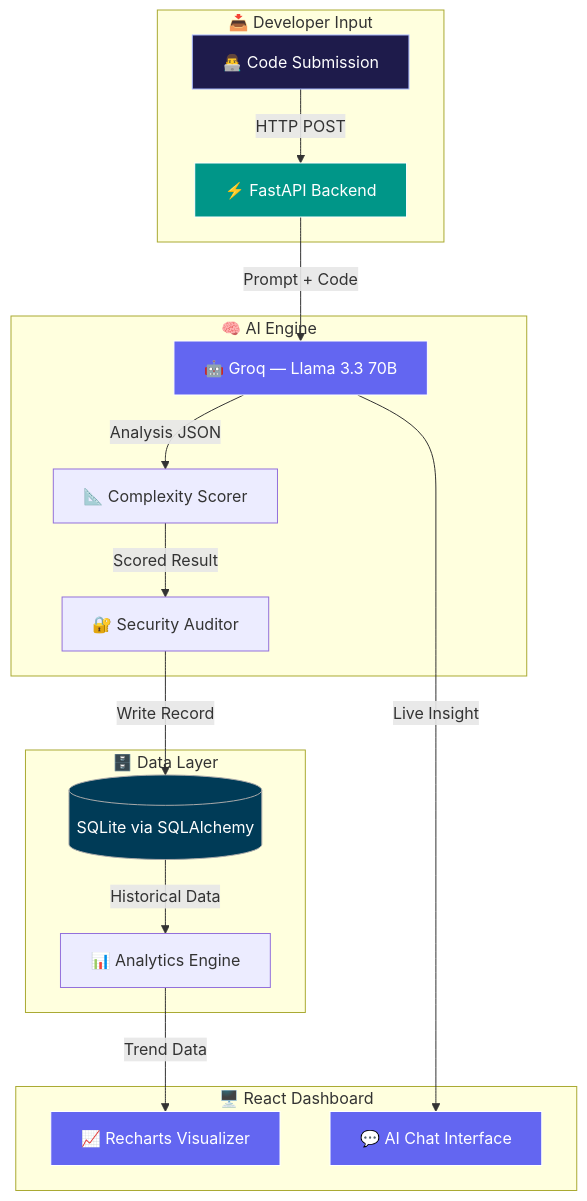
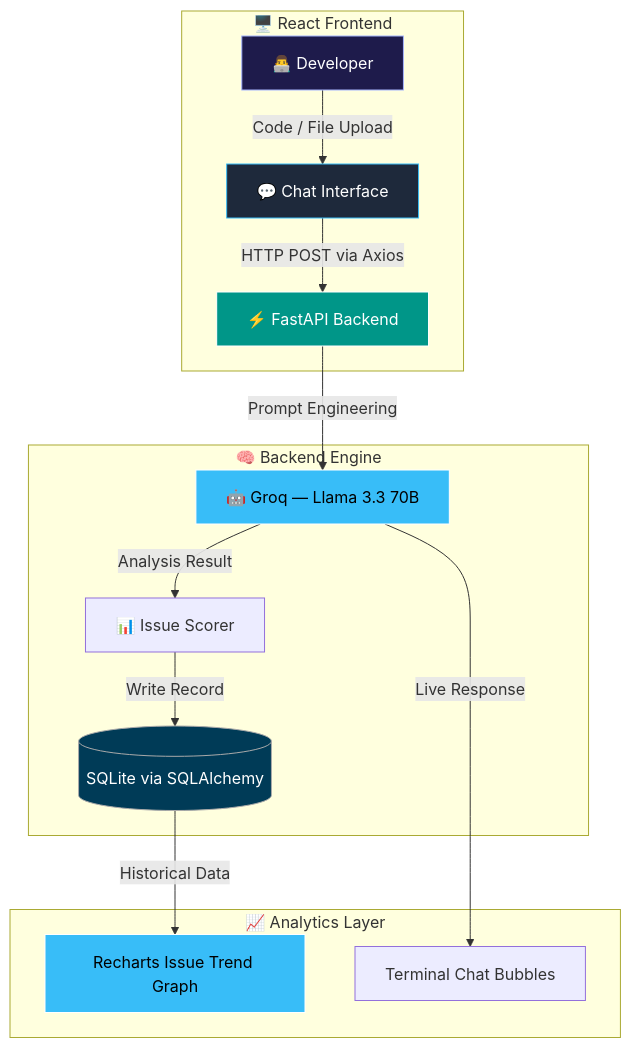
The diagram in README.md (Ayushisingh2005/DevScope_AI), drawn with Mermaid before and after one commit. The commit also changed other lines of this file, not shown here.

````diff
--- a/README.md
+++ b/README.md
@@ -56,29 +54,25 @@
 ```mermaid
 graph TD
-    subgraph Input["📥 Developer Input"]
-        A[👨‍💻 Code Submission] -->|HTTP POST| B[⚡ FastAPI Backend]
+    subgraph Frontend["🖥️ React Frontend"]
+        A[👨‍💻 Developer] -->|Code / File Upload| B[💬 Chat Interface]
+        B -->|HTTP POST via Axios| C[⚡ FastAPI Backend]
     end
 
-    subgraph Intelligence["🧠 AI Engine"]
-        B -->|Prompt + Code| C[🤖 Groq — Llama 3.3 70B]
-        C -->|Analysis JSON| D[📐 Complexity Scorer]
-        D -->|Scored Result| E[🔐 Security Auditor]
+    subgraph Backend["🧠 Backend Engine"]
+        C -->|Prompt Engineering| D[🤖 Groq — Llama 3.3 70B]
+        D -->|Analysis Result| E[📊 Issue Scorer]
+        E -->|Write Record| F[(SQLite via SQLAlchemy)]
     end
 
-    subgraph Persistence["🗄️ Data Layer"]
-        E -->|Write Record| F[(SQLite via SQLAlchemy)]
-        F -->|Historical Data| G[📊 Analytics Engine]
+    subgraph Dashboard["📈 Analytics Layer"]
+        F -->|Historical Data| G[Recharts Issue Trend Graph]
+        D -->|Live Response| H[Terminal Chat Bubbles]
     end
 
-    subgraph Frontend["🖥️ React Dashboard"]
-        G -->|Trend Data| H[📈 Recharts Visualizer]
-        C -->|Live Insight| I[💬 AI Chat Interface]
-    end
-
-    style C fill:#6366f1,stroke:#fff,stroke-width:1px,color:#fff
-    style H fill:#6366f1,stroke:#fff,stroke-width:1px,color:#fff
-    style I fill:#6366f1,stroke:#fff,stroke-width:1px,color:#fff
-    style B fill:#009688,stroke:#fff,stroke-width:1px,color:#fff
+    style D fill:#38bdf8,stroke:#fff,stroke-width:1px,color:#000
+    style G fill:#38bdf8,stroke:#fff,stroke-width:1px,color:#000
+    style C fill:#009688,stroke:#fff,stroke-width:1px,color:#fff
     style F fill:#003B57,stroke:#aaa,stroke-width:1px,color:#fff
     style A fill:#1e1b4b,stroke:#a5b4fc,stroke-width:1px,color:#fff
+    style B fill:#1e293b,stroke:#38bdf8,stroke-width:1px,color:#fff
 ```
````
